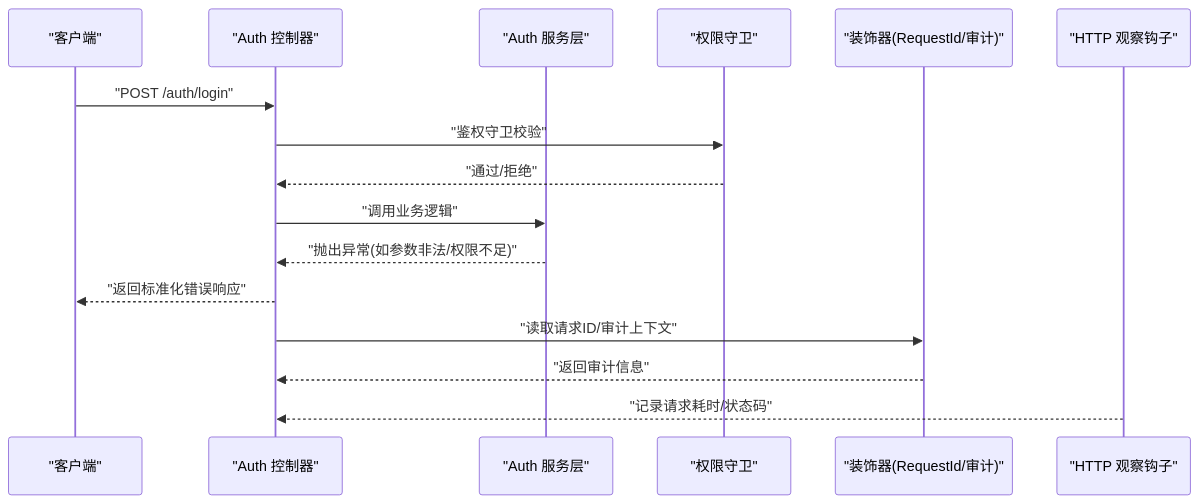
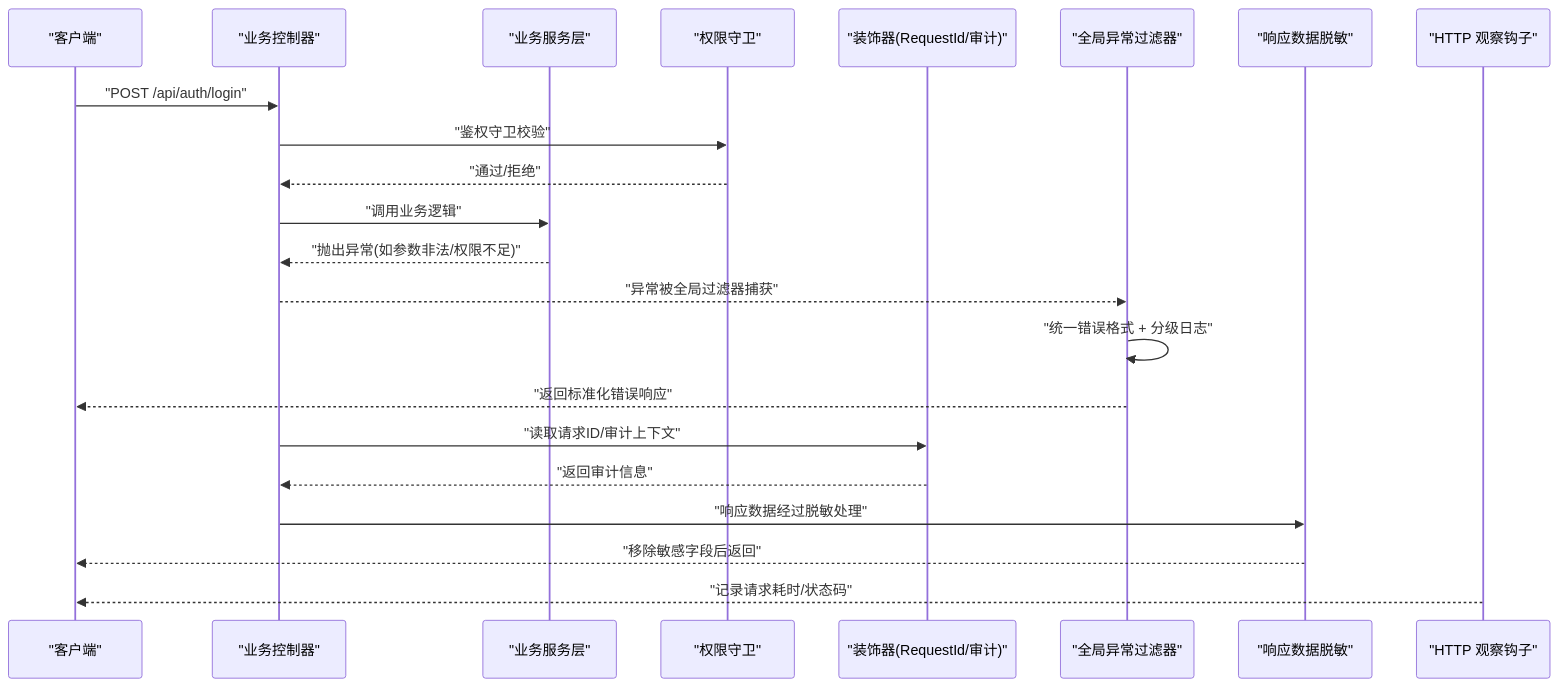
Before and after one commit to rc558620/purelyprofit-server: the second of 4 diagrams in .qoder/repowiki/zh/content/开发指南/新模块开发/错误处理模式.md, drawn with Mermaid. The commit also changed other lines of this file and 55 other files, not shown here.

````diff
--- a/.qoder/repowiki/zh/content/开发指南/新模块开发/错误处理模式.md
+++ b/.qoder/repowiki/zh/content/开发指南/新模块开发/错误处理模式.md
@@ -74,18 +84,24 @@
 ```mermaid
 sequenceDiagram
 participant Client as "客户端"
-participant Ctrl as "Auth 控制器"
-participant Svc as "Auth 服务层"
+participant Ctrl as "业务控制器"
+participant Svc as "业务服务层"
 participant Guard as "权限守卫"
 participant Decor as "装饰器(RequestId/审计)"
+participant Filter as "全局异常过滤器"
+participant Sanitizer as "响应数据脱敏"
 participant Hook as "HTTP 观察钩子"
-Client->>Ctrl : "POST /auth/login"
+Client->>Ctrl : "POST /api/auth/login"
 Ctrl->>Guard : "鉴权守卫校验"
 Guard-->>Ctrl : "通过/拒绝"
 Ctrl->>Svc : "调用业务逻辑"
 Svc-->>Ctrl : "抛出异常(如参数非法/权限不足)"
-Ctrl-->>Client : "返回标准化错误响应"
+Ctrl-->>Filter : "异常被全局过滤器捕获"
+Filter->>Filter : "统一错误格式 + 分级日志"
+Filter-->>Client : "返回标准化错误响应"
 Ctrl->>Decor : "读取请求ID/审计上下文"
 Decor-->>Ctrl : "返回审计信息"
-Hook-->>Ctrl : "记录请求耗时/状态码"
+Ctrl->>Sanitizer : "响应数据经过脱敏处理"
+Sanitizer-->>Client : "移除敏感字段后返回"
+Hook-->>Client : "记录请求耗时/状态码"
 ```
````
